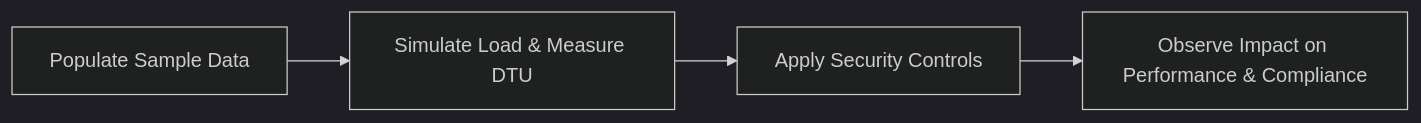
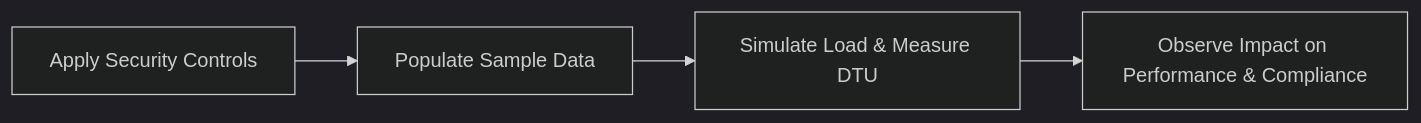
One commit to hardeymolhar/azure-sql-automated-infrastructure changed the sixth of 7 diagrams in docs/paas-database.md. Above: the diagram before and after it, drawn with Mermaid (dark theme). The commit also changed other lines of this file and 5 other files, not shown here.

````diff
--- a/docs/paas-database.md
+++ b/docs/paas-database.md
@@ -244,6 +272,6 @@
 ``` mermaid
 flowchart LR
-    A[Populate Sample Data] --> B[Simulate Load & Measure DTU]
-    B --> C[Apply Security Controls]
+    A[Apply Security Controls] --> B[Populate Sample Data]
+    B --> C[Simulate Load & Measure DTU]
     C --> D[Observe Impact on Performance & Compliance]
 ```
````
